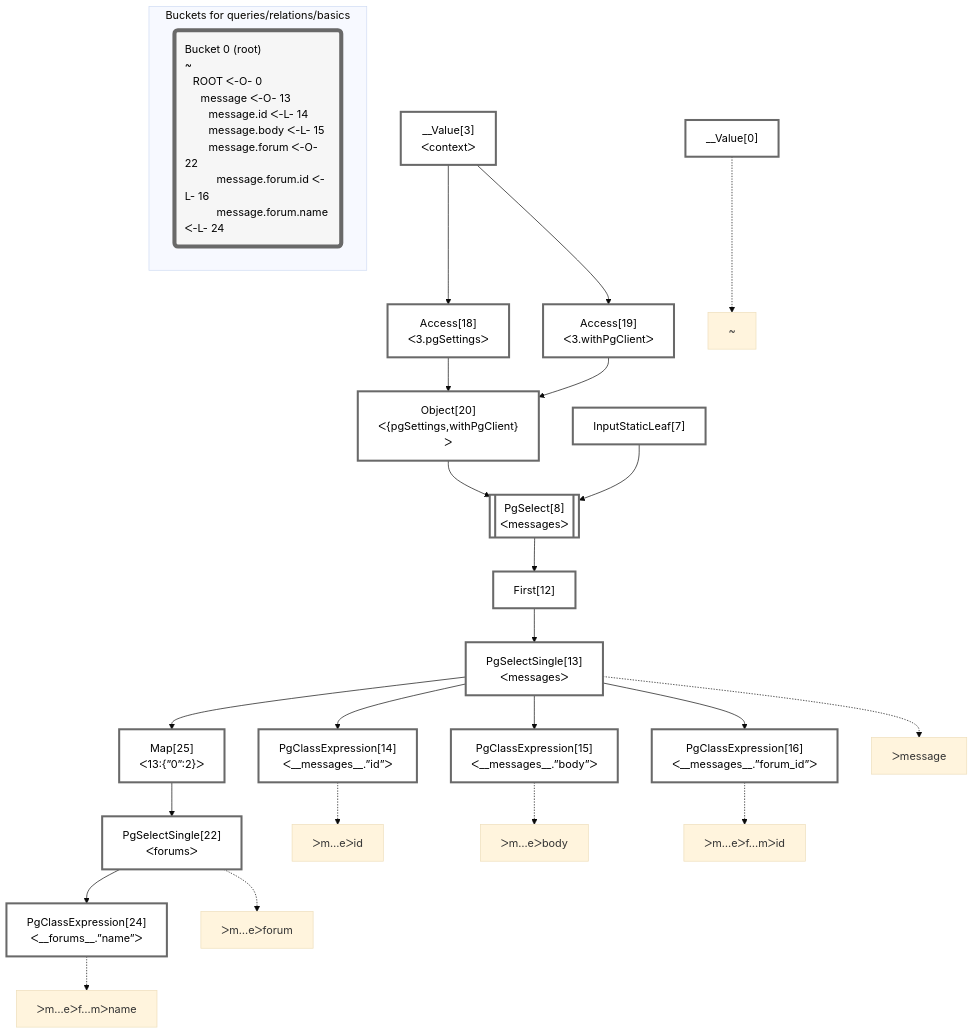
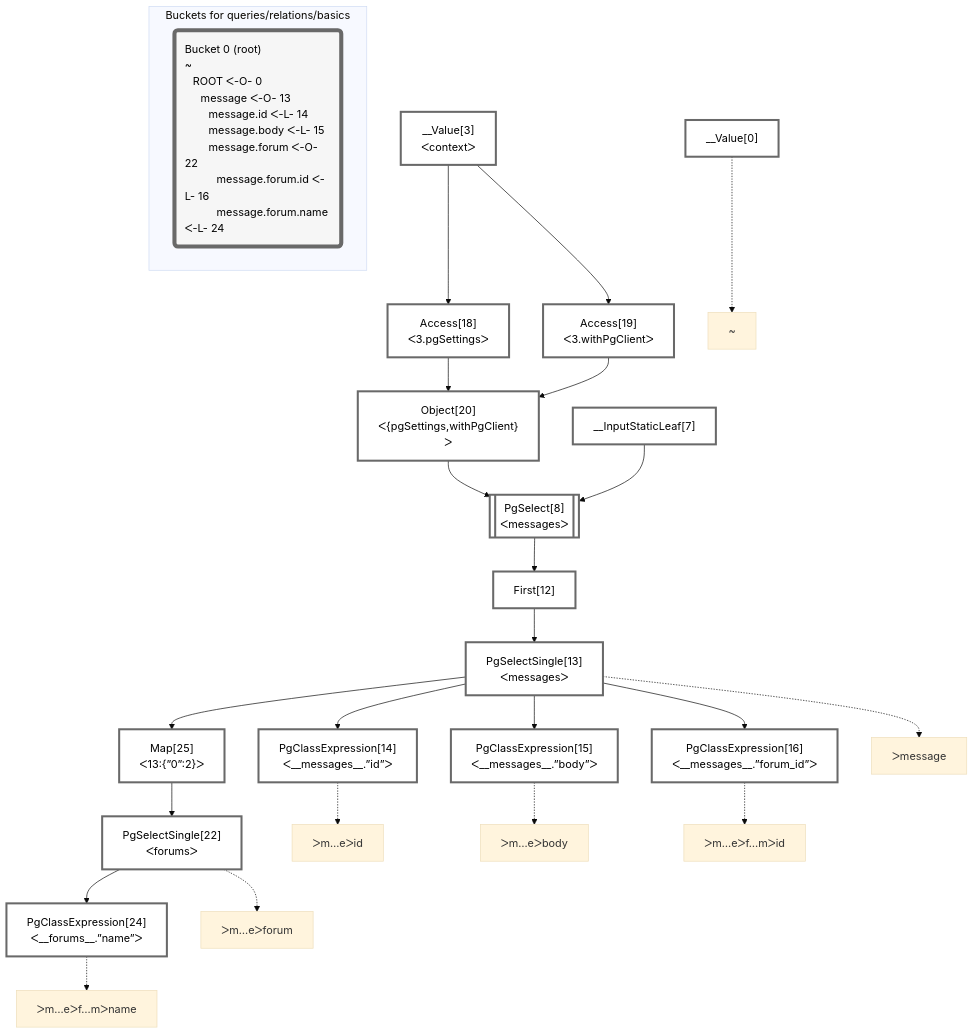
The diagram in packages/dataplan-pg/__tests__/queries/relations/basics.mermaid.md (graphile/crystal), drawn with Mermaid (base theme) before and after one commit. The commit also changed 79 other files, not shown here.

````diff
--- a/packages/dataplan-pg/__tests__/queries/relations/basics.mermaid.md
+++ b/packages/dataplan-pg/__tests__/queries/relations/basics.mermaid.md
@@ -1,62 +1,62 @@
 ```mermaid
 graph TD
     classDef path fill:#eee,stroke:#000,color:#000
     classDef plan fill:#fff,stroke-width:3px,color:#000
     classDef itemplan fill:#fff,stroke-width:6px,color:#000
     classDef sideeffectplan fill:#f00,stroke-width:6px,color:#000
     classDef bucket fill:#f6f6f6,color:#000,stroke-width:6px,text-align:left
 
 
     %% define plans
     __Value0["__Value[0]"]:::plan
     PgClassExpression14["PgClassExpression[14]<br />ᐸ__messages__.”id”ᐳ"]:::plan
     PgClassExpression15["PgClassExpression[15]<br />ᐸ__messages__.”body”ᐳ"]:::plan
     PgClassExpression16["PgClassExpression[16]<br />ᐸ__messages__.”forum_id”ᐳ"]:::plan
     PgClassExpression24["PgClassExpression[24]<br />ᐸ__forums__.”name”ᐳ"]:::plan
     PgSelectSingle22["PgSelectSingle[22]<br />ᐸforumsᐳ"]:::plan
     Map25["Map[25]<br />ᐸ13:{”0”:2}ᐳ"]:::plan
     PgSelectSingle13["PgSelectSingle[13]<br />ᐸmessagesᐳ"]:::plan
     First12["First[12]"]:::plan
     PgSelect8[["PgSelect[8]<br />ᐸmessagesᐳ"]]:::plan
     Object20["Object[20]<br />ᐸ{pgSettings,withPgClient}ᐳ"]:::plan
     Access18["Access[18]<br />ᐸ3.pgSettingsᐳ"]:::plan
     Access19["Access[19]<br />ᐸ3.withPgClientᐳ"]:::plan
     __Value3["__Value[3]<br />ᐸcontextᐳ"]:::plan
-    InputStaticLeaf7["InputStaticLeaf[7]"]:::plan
+    __InputStaticLeaf7["__InputStaticLeaf[7]"]:::plan
 
     %% plan dependencies
     PgSelectSingle13 --> PgClassExpression14
     PgSelectSingle13 --> PgClassExpression15
     PgSelectSingle13 --> PgClassExpression16
     PgSelectSingle22 --> PgClassExpression24
     Map25 --> PgSelectSingle22
     PgSelectSingle13 --> Map25
     First12 --> PgSelectSingle13
     PgSelect8 --> First12
-    Object20 & InputStaticLeaf7 --> PgSelect8
+    Object20 & __InputStaticLeaf7 --> PgSelect8
     Access18 & Access19 --> Object20
     __Value3 --> Access18
     __Value3 --> Access19
 
     %% plan-to-path relationships
     P0["~"]
     __Value0 -.-> P0
     P13["ᐳmessage"]
     PgSelectSingle13 -.-> P13
     P14["ᐳm…eᐳid"]
     PgClassExpression14 -.-> P14
     P15["ᐳm…eᐳbody"]
     PgClassExpression15 -.-> P15
     P16["ᐳm…eᐳf…mᐳid"]
     PgClassExpression16 -.-> P16
     P22["ᐳm…eᐳforum"]
     PgSelectSingle22 -.-> P22
     P24["ᐳm…eᐳf…mᐳname"]
     PgClassExpression24 -.-> P24
 
     subgraph "Buckets for queries/relations/basics"
     Bucket0("Bucket 0 (root)<br />~<br />⠀ROOT ᐸ-O- 0<br />⠀⠀message ᐸ-O- 13<br />⠀⠀⠀message.id ᐸ-L- 14<br />⠀⠀⠀message.body ᐸ-L- 15<br />⠀⠀⠀message.forum ᐸ-O- 22<br />⠀⠀⠀⠀message.forum.id ᐸ-L- 16<br />⠀⠀⠀⠀message.forum.name ᐸ-L- 24"):::bucket
     classDef bucket0 stroke:#696969
-    class Bucket0,__Value0,__Value3,InputStaticLeaf7,PgSelect8,First12,PgSelectSingle13,PgClassExpression14,PgClassExpression15,PgClassExpression16,Access18,Access19,Object20,PgSelectSingle22,PgClassExpression24,Map25 bucket0
+    class Bucket0,__Value0,__Value3,__InputStaticLeaf7,PgSelect8,First12,PgSelectSingle13,PgClassExpression14,PgClassExpression15,PgClassExpression16,Access18,Access19,Object20,PgSelectSingle22,PgClassExpression24,Map25 bucket0
     end
 ```
````
